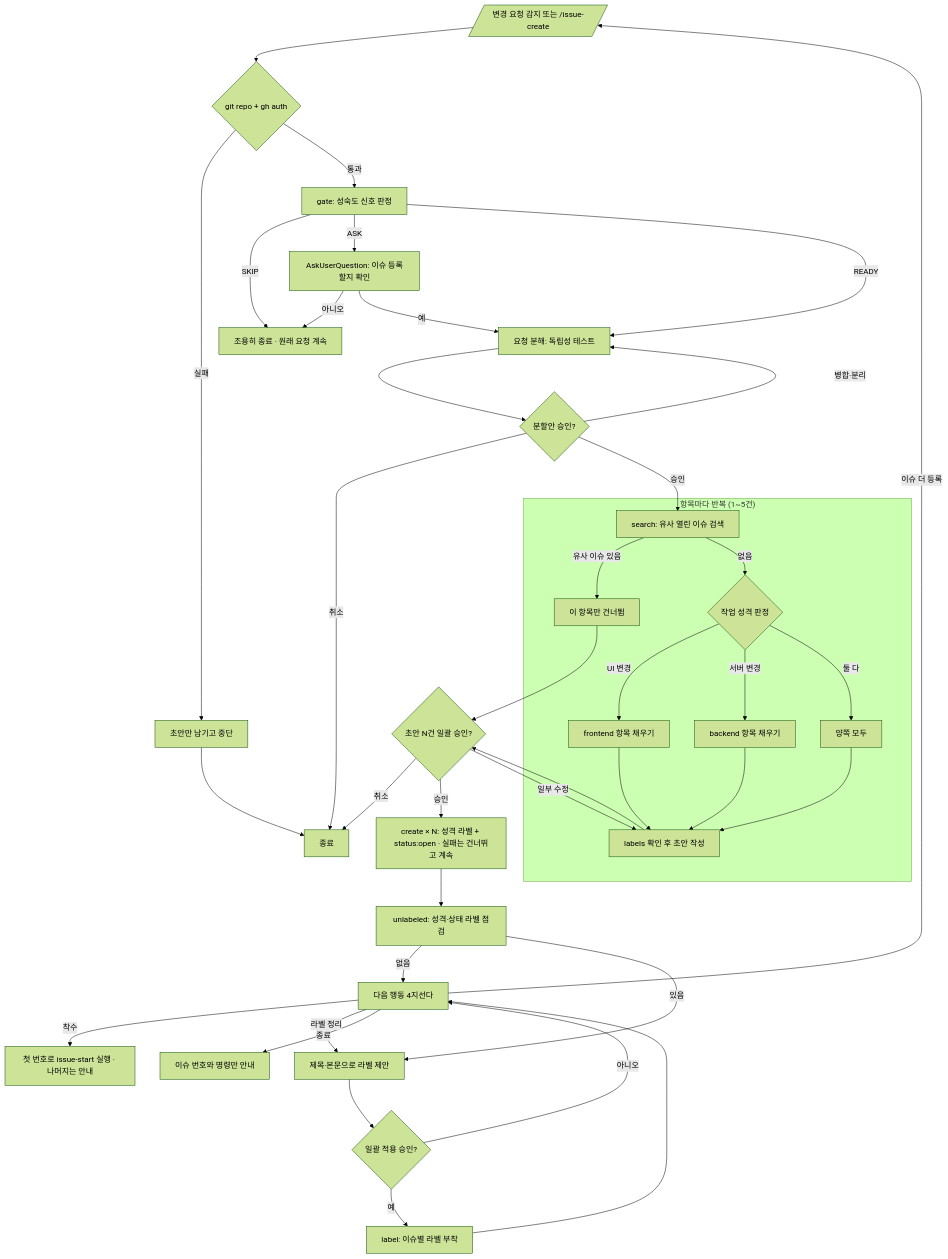
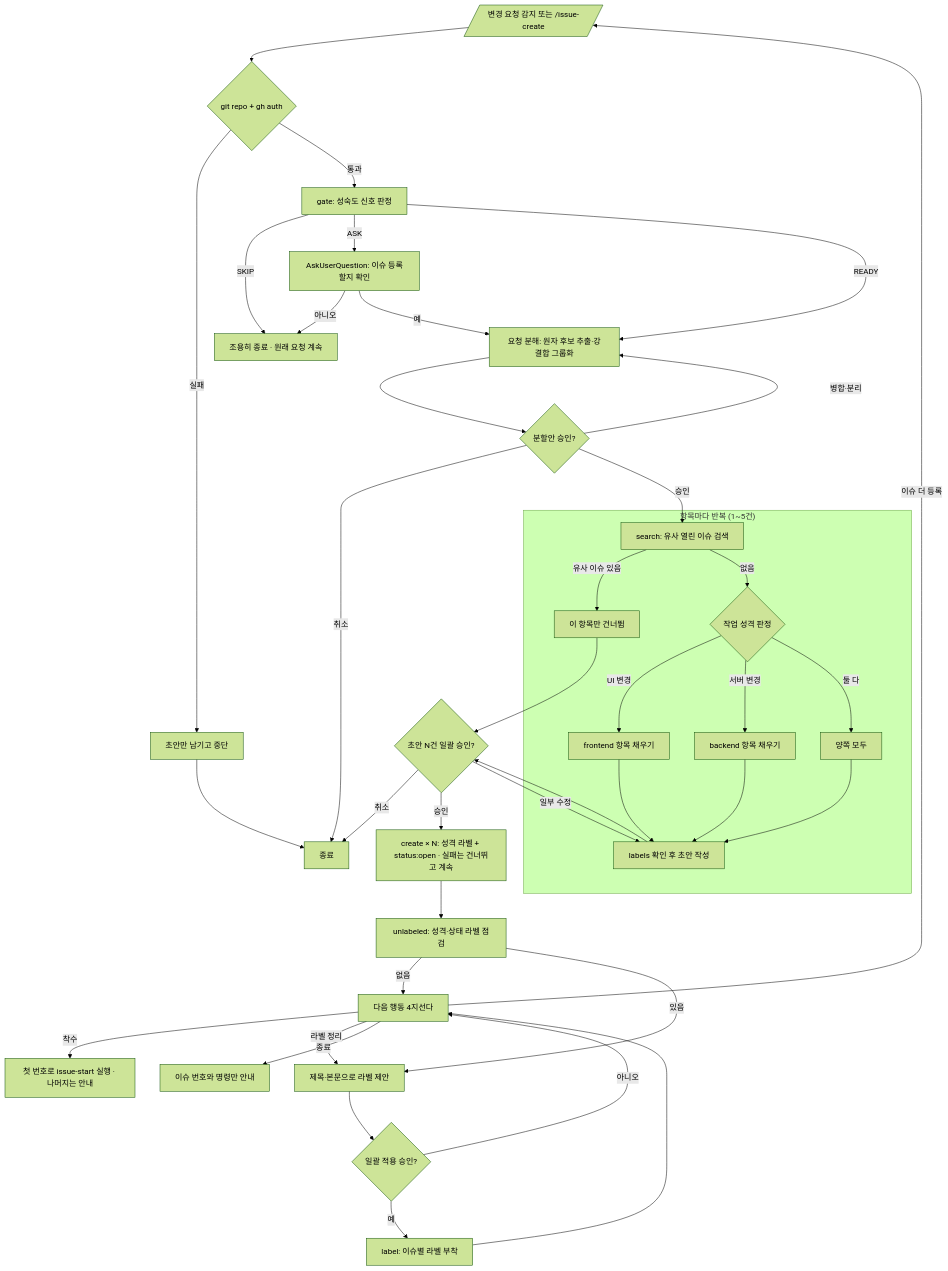
One commit to Mineru98/skills-store changed the diagram in .codex/skills/issue-create/SKILL.md. Above: the diagram before and after it, drawn with Mermaid (forest theme). The commit also changed other lines of this file and 12 other files, not shown here.

````diff
--- a/.codex/skills/issue-create/SKILL.md
+++ b/.codex/skills/issue-create/SKILL.md
@@ -78,47 +78,47 @@
 ```mermaid
 flowchart TD
     A[/"변경 요청 감지 또는 /issue-create"/] --> B{git repo + gh auth}
     B -- 실패 --> B1[초안만 남기고 중단] --> Z0[종료]
     B -- 통과 --> C[gate: 성숙도 신호 판정]
 
     C -->|SKIP| Z1[조용히 종료 · 원래 요청 계속]
     C -->|ASK| C1[AskUserQuestion: 이슈 등록할지 확인]
     C1 -- 아니오 --> Z1
     C1 -- 예 --> S
-    C -->|READY| S[요청 분해: 독립성 테스트]
+    C -->|READY| S[요청 분해: 원자 후보 추출·강결합 그룹화]
 
     S --> S1{분할안 승인?}
     S1 -- 병합·분리 --> S
     S1 -- 취소 --> Z0
     S1 -- 승인 --> D
 
     subgraph PER["항목마다 반복 (1~5건)"]
       D[search: 유사 열린 이슈 검색] -- 유사 이슈 있음 --> D1[이 항목만 건너뜀]
       D -- 없음 --> E{작업 성격 판정}
       E -->|UI 변경| F1[frontend 항목 채우기]
       E -->|서버 변경| F2[backend 항목 채우기]
       E -->|둘 다| F3[양쪽 모두]
       F1 --> G[labels 확인 후 초안 작성]
       F2 --> G
       F3 --> G
     end
 
     D1 --> H
     G --> H{초안 N건 일괄 승인?}
     H -- 일부 수정 --> G
     H -- 취소 --> Z0
     H -- 승인 --> I[create × N: 성격 라벨 + status:open · 실패는 건너뛰고 계속]
 
     I --> M[unlabeled: 성격·상태 라벨 점검]
     M -- 없음 --> J
     M -- 있음 --> M1[제목·본문으로 라벨 제안]
     M1 --> M2{일괄 적용 승인?}
     M2 -- 아니오 --> J
     M2 -- 예 --> M3[label: 이슈별 라벨 부착] --> J
 
     J[다음 행동 4지선다]
     J -->|착수| K[첫 번호로 issue-start 실행 · 나머지는 안내]
     J -->|이슈 더 등록| A
     J -->|라벨 정리| M1
     J -->|종료| L[이슈 번호와 명령만 안내]
 ```
````
